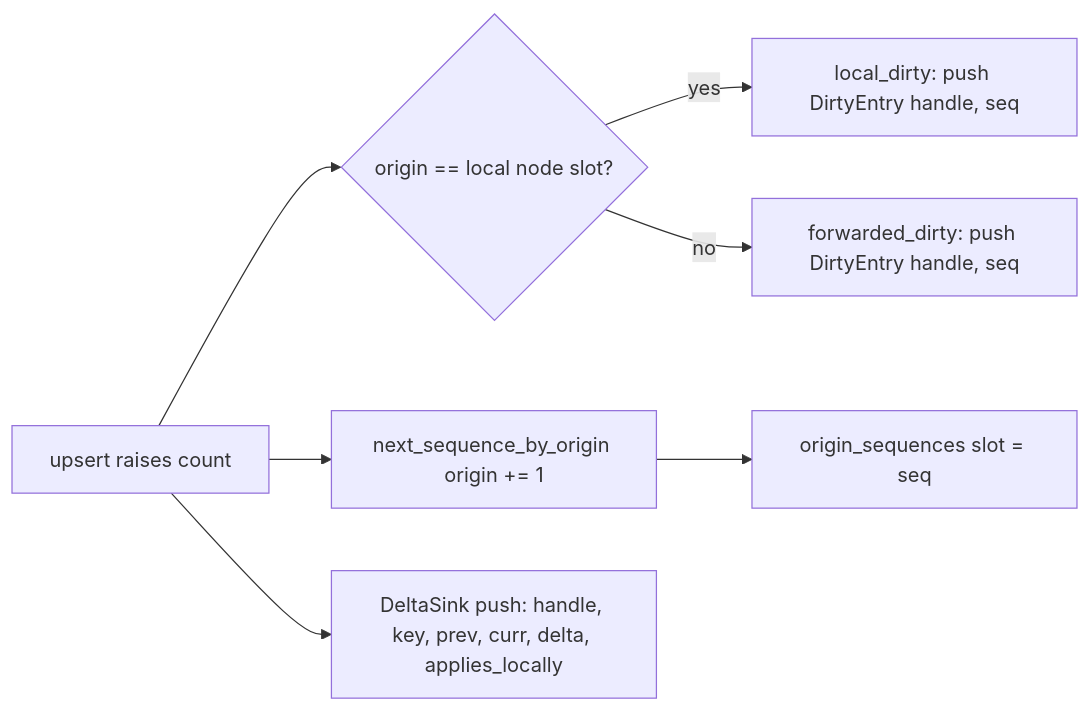
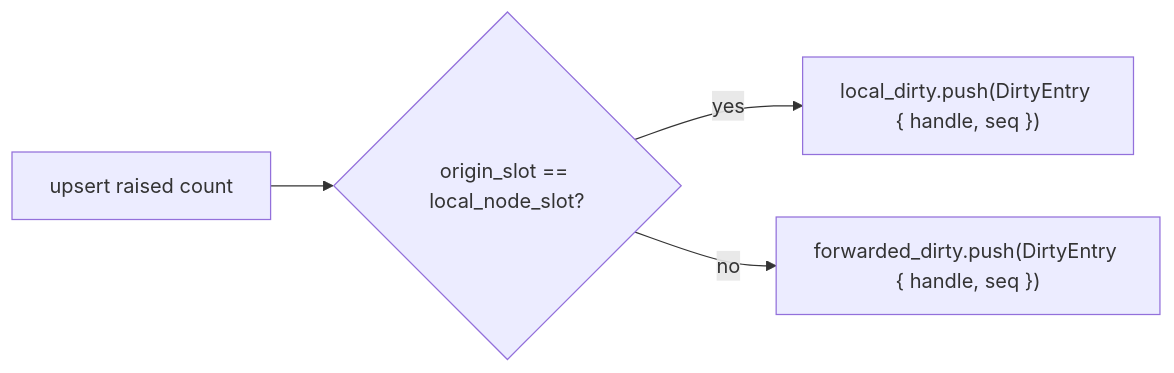
One commit to prosody-events/gabion changed diagram 18 of 22 in crates/gabion/CRDT.md. Above: the diagram before and after it, drawn with Mermaid. The commit also changed other lines of this file and 7 other files, not shown here.

````diff
--- a/crates/gabion/CRDT.md
+++ b/crates/gabion/CRDT.md
@@ -1121,9 +1167,6 @@
 ```mermaid
 flowchart LR
-  U[upsert raises count] --> S{origin == local node slot?}
-  S -->|yes| LD[local_dirty: push DirtyEntry handle, seq]
-  S -->|no| FD[forwarded_dirty: push DirtyEntry handle, seq]
-  U --> SQ[next_sequence_by_origin origin += 1]
-  SQ --> OS[origin_sequences slot = seq]
-  U --> DS[DeltaSink push: handle, key, prev, curr, delta, applies_locally]
+  U[upsert raised count] --> S{origin_slot == local_node_slot?}
+  S -- yes --> LD["local_dirty.push(DirtyEntry { handle, seq })"]
+  S -- no --> FD["forwarded_dirty.push(DirtyEntry { handle, seq })"]
 ```
````
